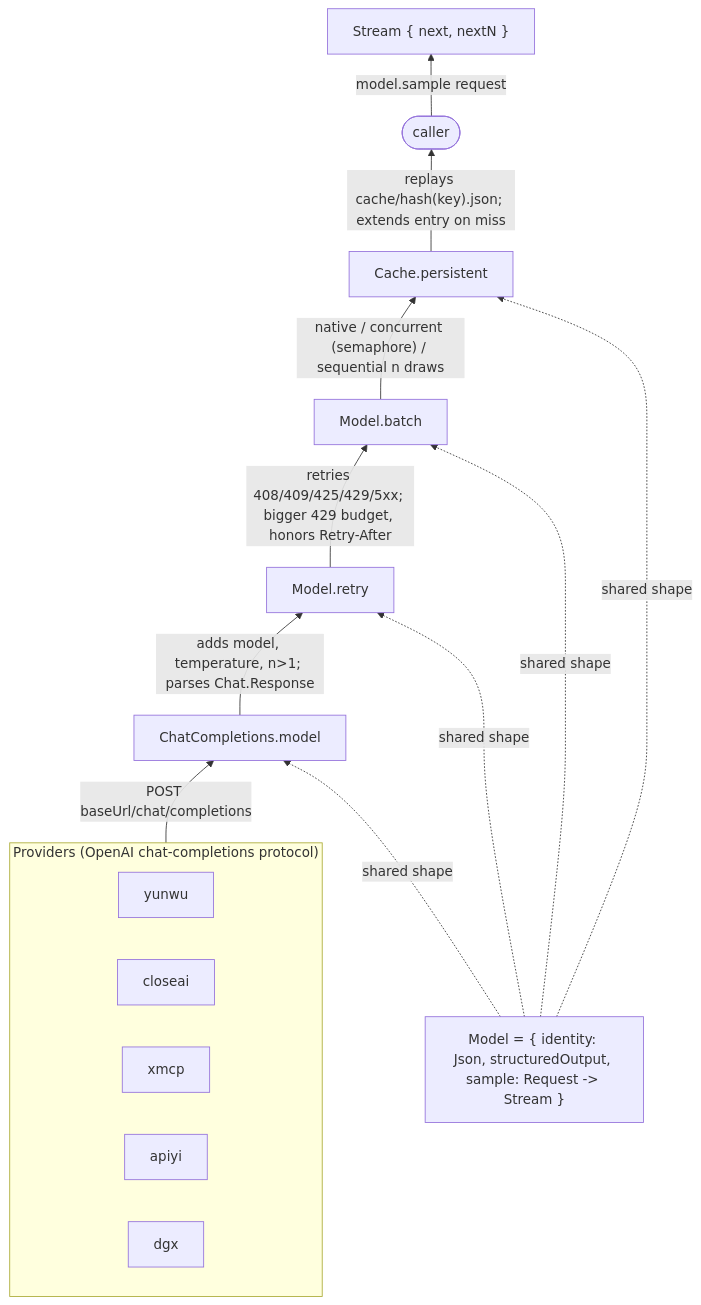
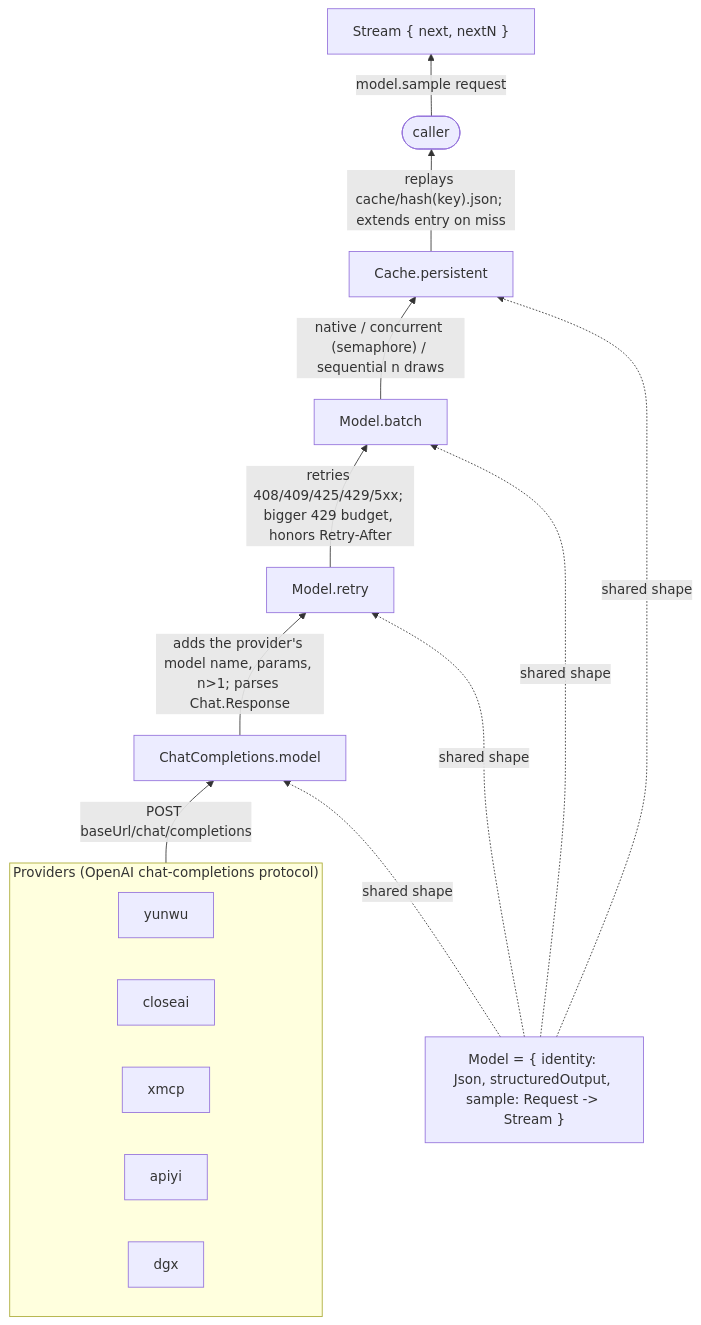
One commit to pku-xht/alaya changed the third of 4 diagrams in docs/llm-api.md. Above: the diagram before and after it, drawn with Mermaid. The commit also changed other lines of this file and 35 other files, not shown here.

First line of the commit message:
Name the model at the root, and choose who serves it per invocation

````diff
--- a/docs/llm-api.md
+++ b/docs/llm-api.md
@@ -246,31 +248,31 @@
 ```mermaid
 flowchart BT
     subgraph Providers["Providers (OpenAI chat-completions protocol)"]
         direction LR
         yunwu["yunwu"]
         closeai["closeai"]
         xmcp["xmcp"]
         apiyi["apiyi"]
         dgx["dgx"]
     end
 
     Transport["ChatCompletions.model"]
     Retry["Model.retry"]
     Batch["Model.batch"]
     Cache["Cache.persistent"]
     Caller(["caller"])
 
     Providers -- "POST baseUrl/chat/completions" --> Transport
-    Transport -- "adds model, temperature, n>1; parses Chat.Response" --> Retry
+    Transport -- "adds the provider's model name, params, n>1; parses Chat.Response" --> Retry
     Retry -- "retries 408/409/425/429/5xx; bigger 429 budget, honors Retry-After" --> Batch
     Batch -- "native / concurrent (semaphore) / sequential n draws" --> Cache
     Cache -- "replays cache/hash(key).json; extends entry on miss" --> Caller
 
     Iface["Model = { identity: Json, structuredOutput, sample: Request -> Stream }"]
     Iface -.shared shape.-> Transport
     Iface -.shared shape.-> Retry
     Iface -.shared shape.-> Batch
     Iface -.shared shape.-> Cache
 
     Caller -- "model.sample request" --> Stream["Stream { next, nextN }"]
 ```
````
